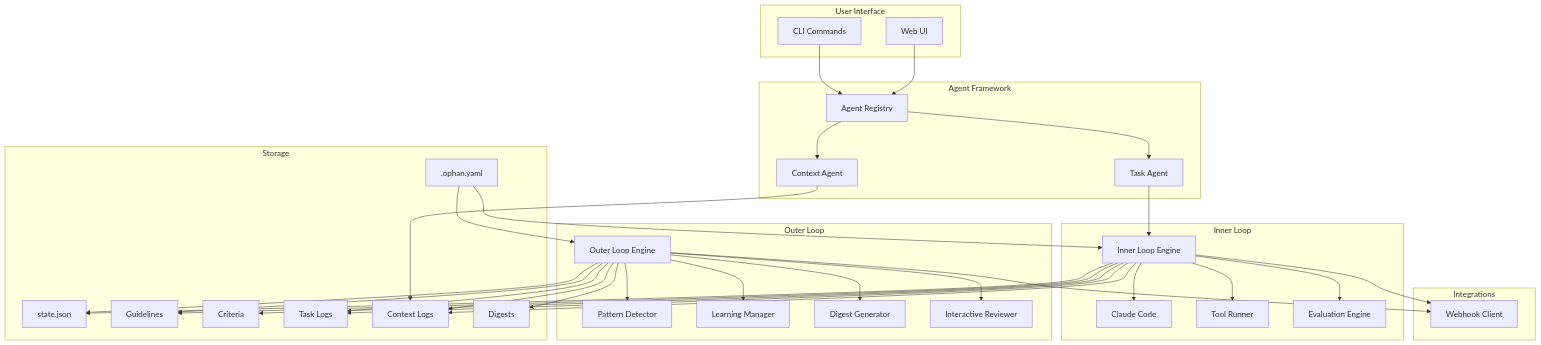
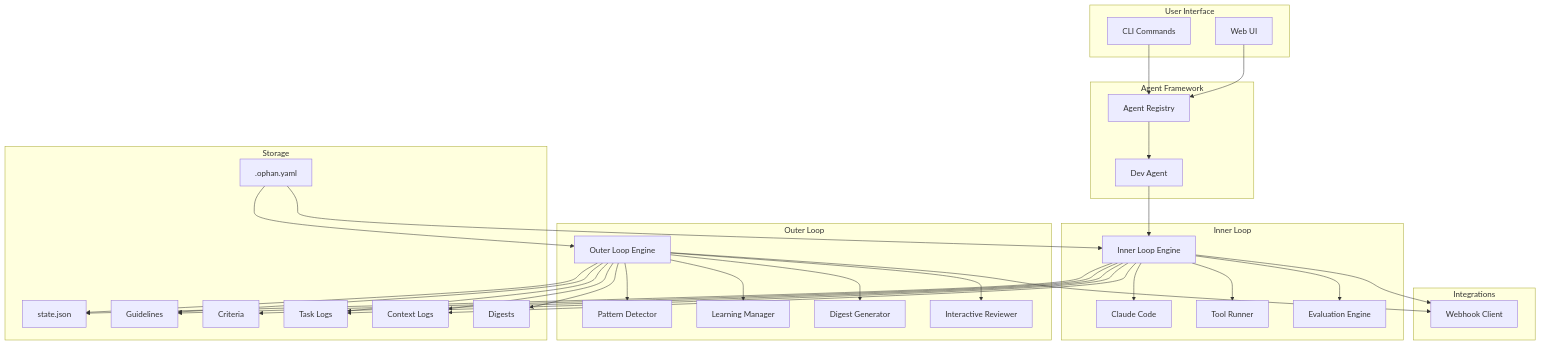
One commit to cymfg/ophan changed the first of 14 diagrams in docs/architecture.md. Above: the diagram before and after it, drawn with Mermaid. The commit also changed other lines of this file and 43 other files, not shown here.

````diff
--- a/docs/architecture.md
+++ b/docs/architecture.md
@@ -7,76 +7,73 @@
 ```mermaid
 flowchart TB
     subgraph "User Interface"
         CLI[CLI Commands]
         UI[Web UI]
     end
 
     subgraph "Agent Framework"
         AR[Agent Registry]
-        TA[Task Agent]
-        CA[Context Agent]
+        DA[Dev Agent]
     end
 
     subgraph "Inner Loop"
         IL[Inner Loop Engine]
         Claude[Claude Code]
         Tools[Tool Runner]
         Eval[Evaluation Engine]
     end
 
     subgraph "Outer Loop"
         OL[Outer Loop Engine]
         PD[Pattern Detector]
         LM[Learning Manager]
         DG[Digest Generator]
         IR[Interactive Reviewer]
     end
 
     subgraph "Storage"
         Config[.ophan.yaml]
         State[state.json]
         Guidelines[Guidelines]
         Criteria[Criteria]
         Logs[Task Logs]
         CtxLogs[Context Logs]
         Digests[Digests]
     end
 
     subgraph "Integrations"
         Webhooks[Webhook Client]
     end
 
     CLI --> AR
     UI --> AR
-    AR --> TA
-    AR --> CA
+    AR --> DA
 
-    TA --> IL
-    CA --> CtxLogs
+    DA --> IL
 
     IL --> Claude
     IL --> Tools
     IL --> Eval
     IL --> Logs
     IL --> CtxLogs
     IL --> Webhooks
 
     OL --> PD
     OL --> LM
     OL --> DG
     OL --> IR
     OL --> Logs
     OL --> CtxLogs
     OL --> Digests
     OL --> Webhooks
 
     IL --> Guidelines
     IL --> Criteria
     IL --> State
 
     OL --> Guidelines
     OL --> State
 
     Config --> IL
     Config --> OL
 ```
````
